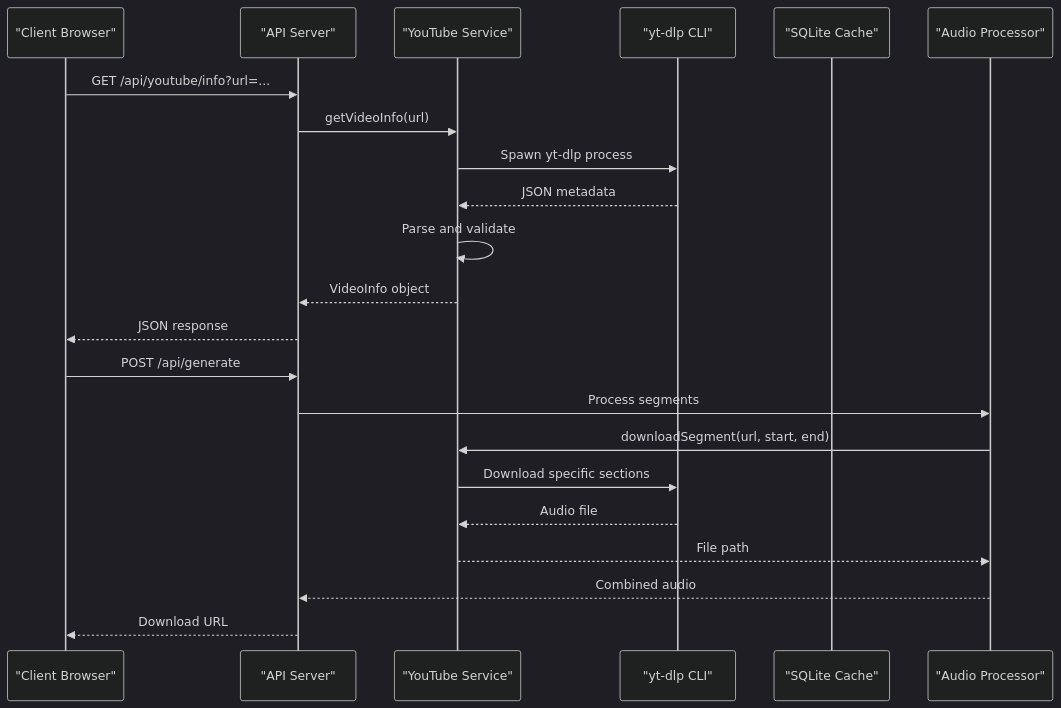
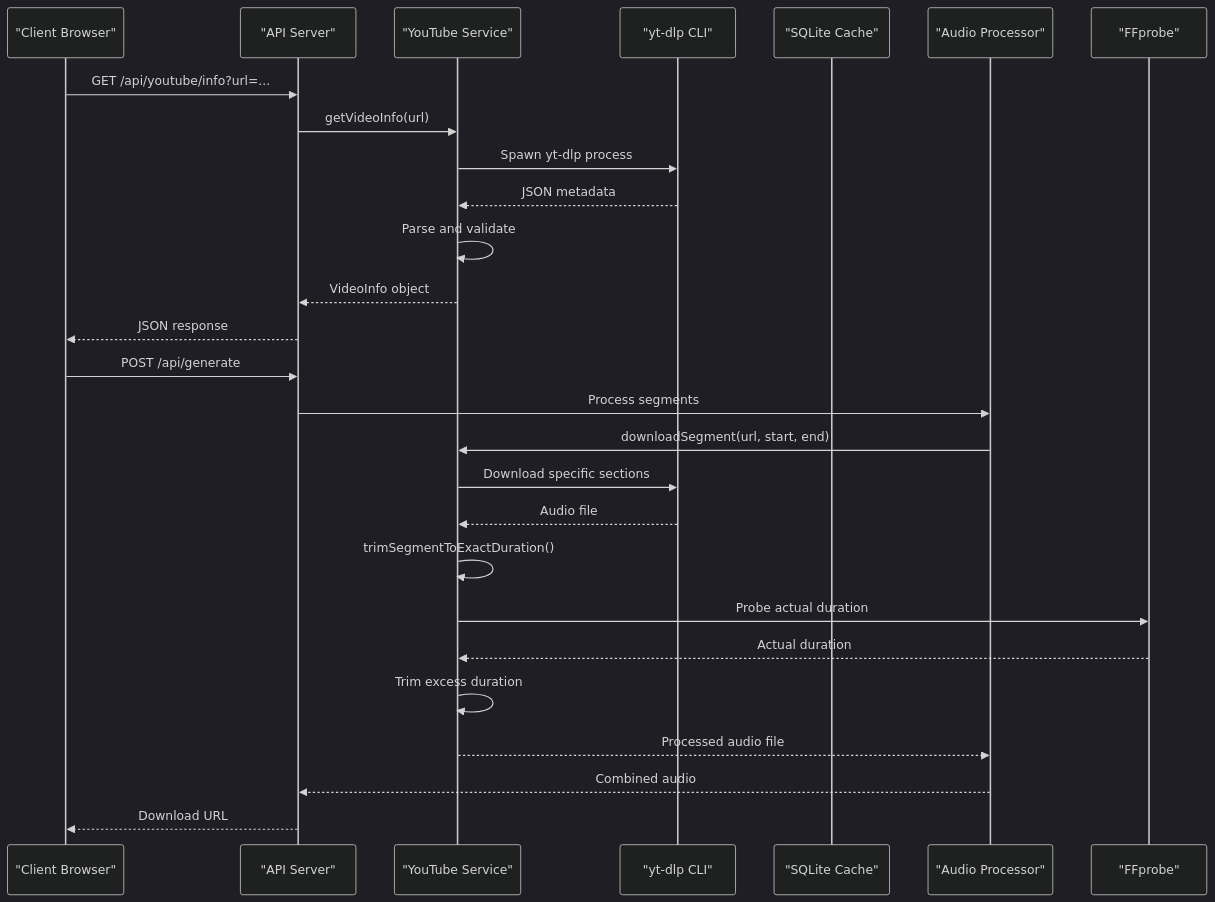
One commit to dkoukoul/kpop-random-dance-generator changed the second of 8 diagrams in .qoder/repowiki/en/content/Core Services Architecture/YouTube Integration Service.md. Above: the diagram before and after it, drawn with Mermaid (dark theme). The commit also changed other lines of this file and 6 other files, not shown here.

````diff
--- a/.qoder/repowiki/en/content/Core Services Architecture/YouTube Integration Service.md
+++ b/.qoder/repowiki/en/content/Core Services Architecture/YouTube Integration Service.md
@@ -98,24 +112,29 @@
 ```mermaid
 sequenceDiagram
 participant Client as "Client Browser"
 participant API as "API Server"
 participant YT as "YouTube Service"
 participant YTDLP as "yt-dlp CLI"
 participant Cache as "SQLite Cache"
 participant Audio as "Audio Processor"
+participant FFprobe as "FFprobe"
 Client->>API : GET /api/youtube/info?url=...
 API->>YT : getVideoInfo(url)
 YT->>YTDLP : Spawn yt-dlp process
 YTDLP-->>YT : JSON metadata
 YT->>YT : Parse and validate
 YT-->>API : VideoInfo object
 API-->>Client : JSON response
 Client->>API : POST /api/generate
 API->>Audio : Process segments
 Audio->>YT : downloadSegment(url, start, end)
 YT->>YTDLP : Download specific sections
 YTDLP-->>YT : Audio file
-YT-->>Audio : File path
+YT->>YT : trimSegmentToExactDuration()
+YT->>FFprobe : Probe actual duration
+FFprobe-->>YT : Actual duration
+YT->>YT : Trim excess duration
+YT-->>Audio : Processed audio file
 Audio-->>API : Combined audio
 API-->>Client : Download URL
 ```
````
